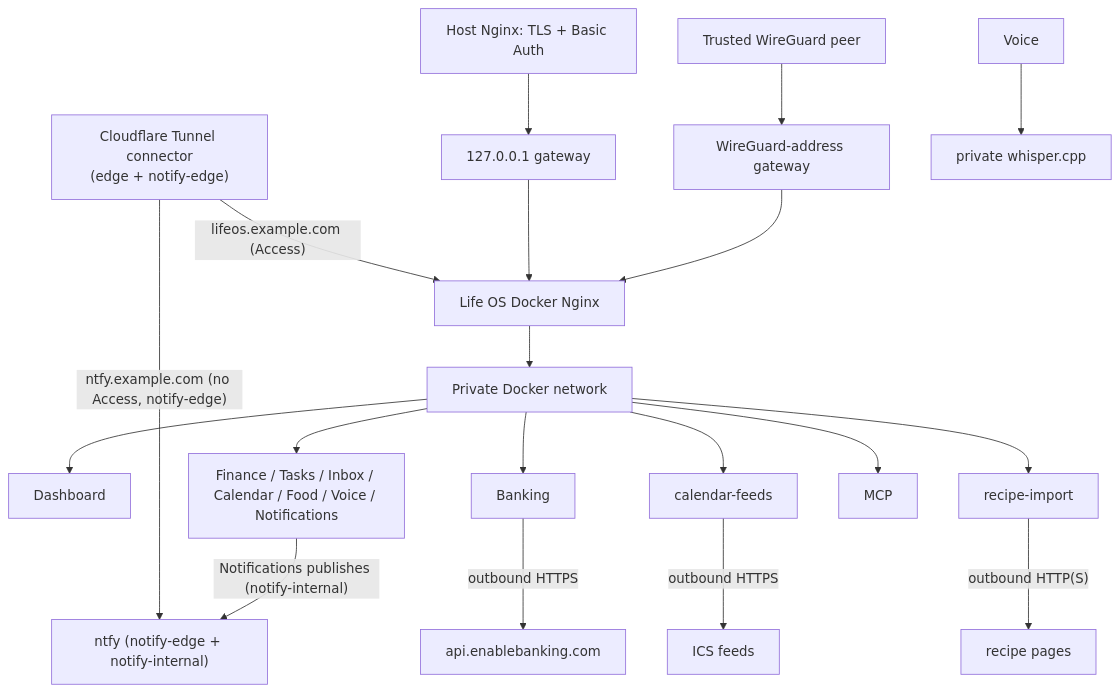
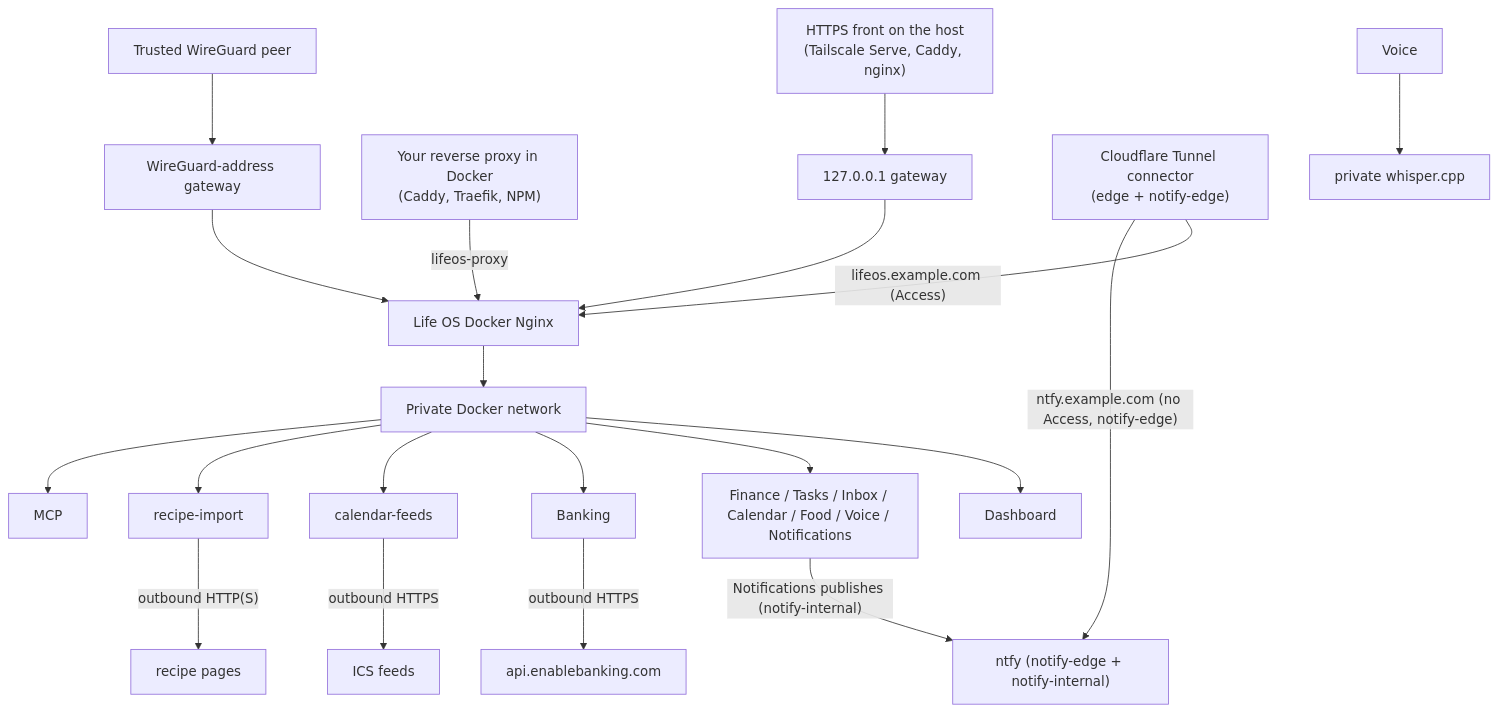
Before and after one commit to GAMch1k/life-os: the diagram in docs/architecture/networking.md, drawn with Mermaid. The commit also changed other lines of this file and 11 other files, not shown here.

First line of the commit message:
P22-03 HTTPS recipes: Tailscale Serve, Caddy, Traefik, Nginx Proxy Manager

````diff
--- a/docs/architecture/networking.md
+++ b/docs/architecture/networking.md
@@ -3,21 +3,22 @@
 ```mermaid
 flowchart TB
- Host[Host Nginx: TLS + Basic Auth] --> Loopback[127.0.0.1 gateway]
+ Host["HTTPS front on the host<br>(Tailscale Serve, Caddy, nginx)"] --> Loopback[127.0.0.1 gateway]
+ Proxy["Your reverse proxy in Docker<br>(Caddy, Traefik, NPM)"] -- "lifeos-proxy" --> Gateway
  WireGuard[Trusted WireGuard peer] --> WGGateway[WireGuard-address gateway]
  Tunnel["Cloudflare Tunnel connector<br>(edge + notify-edge)"] -- "lifeos.example.com (Access)" --> Gateway
  Loopback --> Gateway[Life OS Docker Nginx]
  WGGateway --> Gateway
  Gateway --> Private[Private Docker network]
  Private --> Dashboard
  Private --> APIs[Finance / Tasks / Inbox / Calendar / Food / Voice / Notifications]
  Private --> Banking
  Banking -- "outbound HTTPS" --> EB[api.enablebanking.com]
  Private --> Feeds[calendar-feeds]
  Feeds -- "outbound HTTPS" --> ICS[ICS feeds]
  Private --> RecipeImport[recipe-import]
  RecipeImport -- "outbound HTTP(S)" --> Pages[recipe pages]
  Private --> MCP
  Voice --> Whisper[private whisper.cpp]
  Tunnel -- "ntfy.example.com (no Access, notify-edge)" --> Ntfy["ntfy (notify-edge + notify-internal)"]
  APIs -- "Notifications publishes (notify-internal)" --> Ntfy
 ```
````
